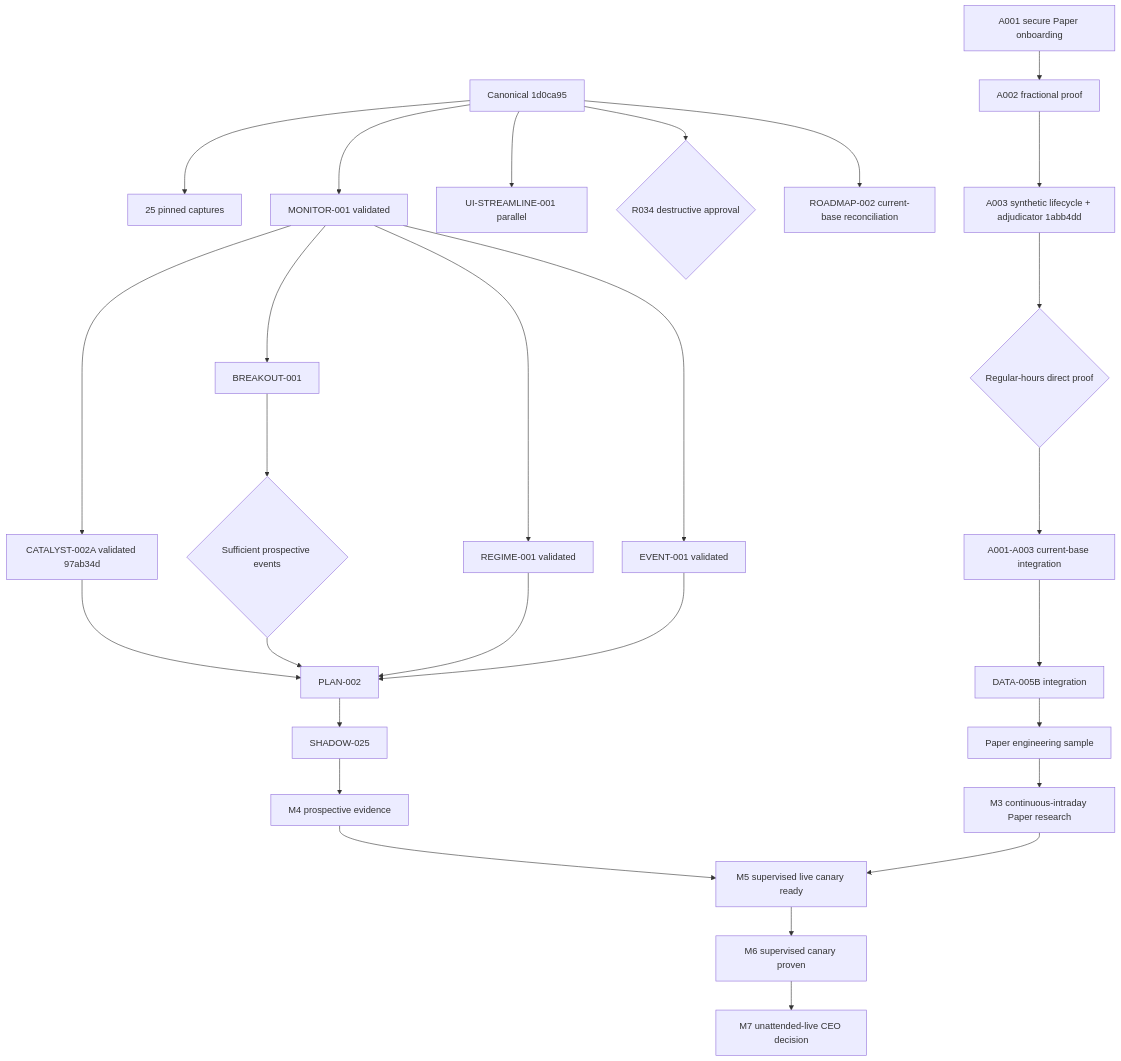
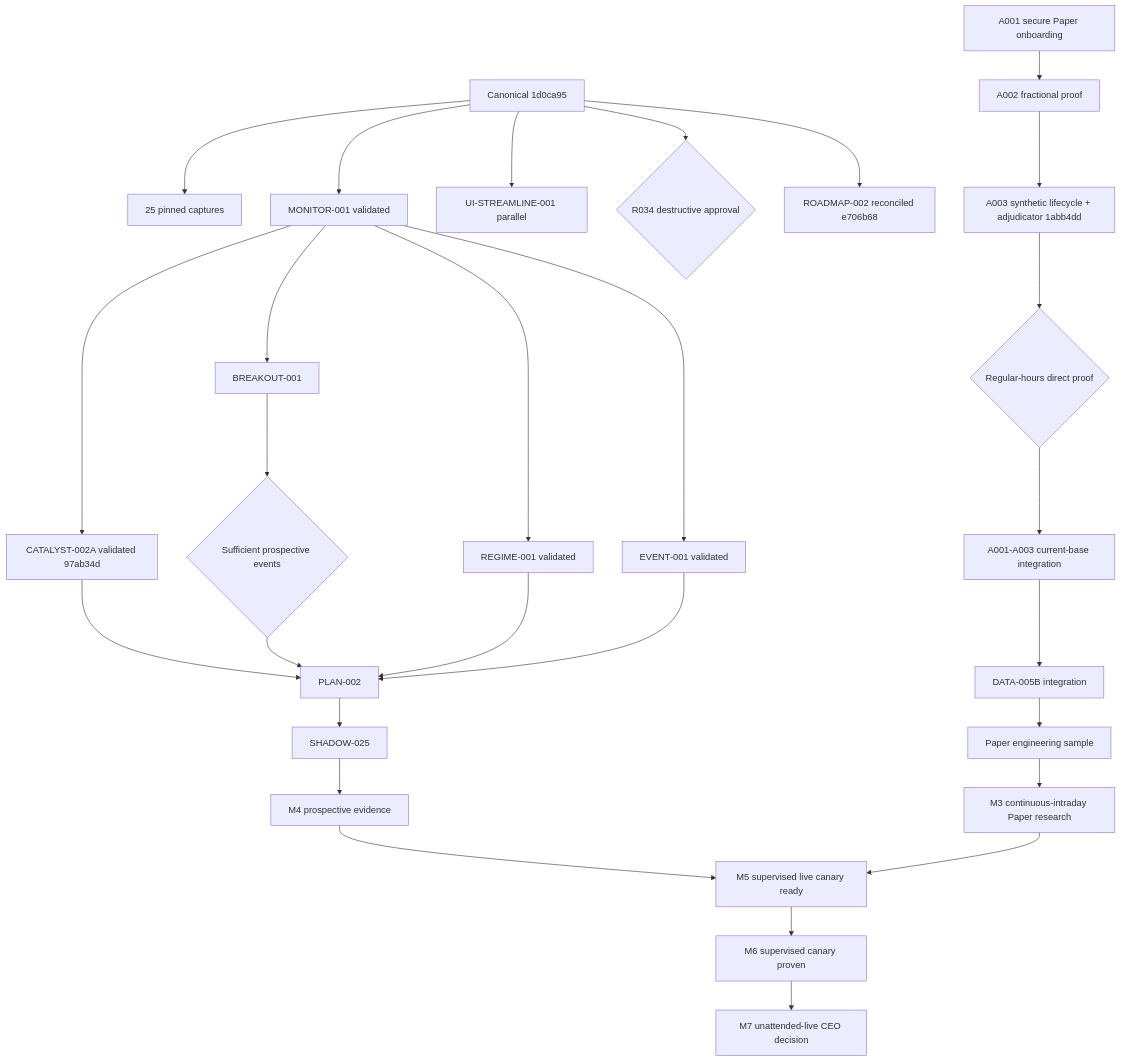
One commit to glas-zz-sfrog/Momentum-Hunter changed the diagram in docs/argus-office/ROADMAP.md. Above: the diagram before and after it, drawn with Mermaid. The commit also changed other lines of this file, not shown here.

Commit message:
Update roadmap after continuous architecture reconciliation

````diff
--- a/docs/argus-office/ROADMAP.md
+++ b/docs/argus-office/ROADMAP.md
@@ -527,34 +526,34 @@
 ```mermaid
 flowchart TD
     MASTER[Canonical 1d0ca95] --> RUNTIME[25 pinned captures]
 
     A001[A001 secure Paper onboarding] --> A002[A002 fractional proof]
     A002 --> A003CODE[A003 synthetic lifecycle + adjudicator 1abb4dd]
     A003CODE --> A003LIVE{Regular-hours direct proof}
     A003LIVE --> A003INT[A001-A003 current-base integration]
     A003INT --> D5BINT[DATA-005B integration]
     D5BINT --> PAPERENG[Paper engineering sample]
 
     MASTER --> MON[MONITOR-001 validated]
     MON --> CAT[CATALYST-002A validated 97ab34d]
     MON --> BR1[BREAKOUT-001]
     BR1 --> BR2{Sufficient prospective events}
     BR2 --> PLAN[PLAN-002]
     MON --> REG[REGIME-001 validated]
     MON --> EVT[EVENT-001 validated]
     CAT --> PLAN
     REG --> PLAN
     EVT --> PLAN
     PLAN --> SH25[SHADOW-025]
 
     PAPERENG --> M3[M3 continuous-intraday Paper research]
     SH25 --> M4[M4 prospective evidence]
     M3 --> M5[M5 supervised live canary ready]
     M4 --> M5
     M5 --> M6[M6 supervised canary proven]
     M6 --> M7[M7 unattended-live CEO decision]
 
     MASTER --> UI[UI-STREAMLINE-001 parallel]
     MASTER --> R034{R034 destructive approval}
-    MASTER --> RM2[ROADMAP-002 current-base reconciliation]
+    MASTER --> RM2[ROADMAP-002 reconciled e706b68]
 ```
````
